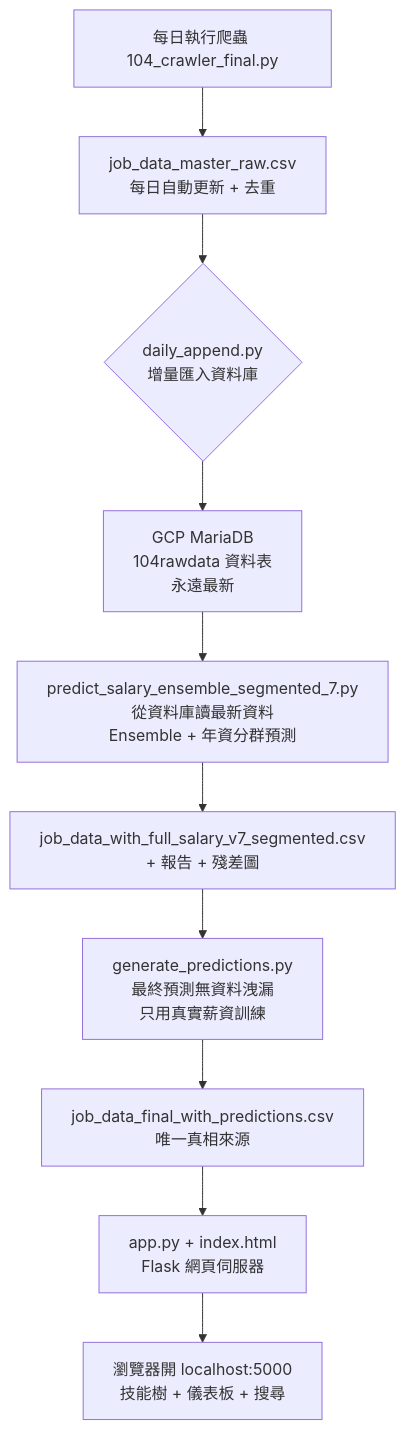
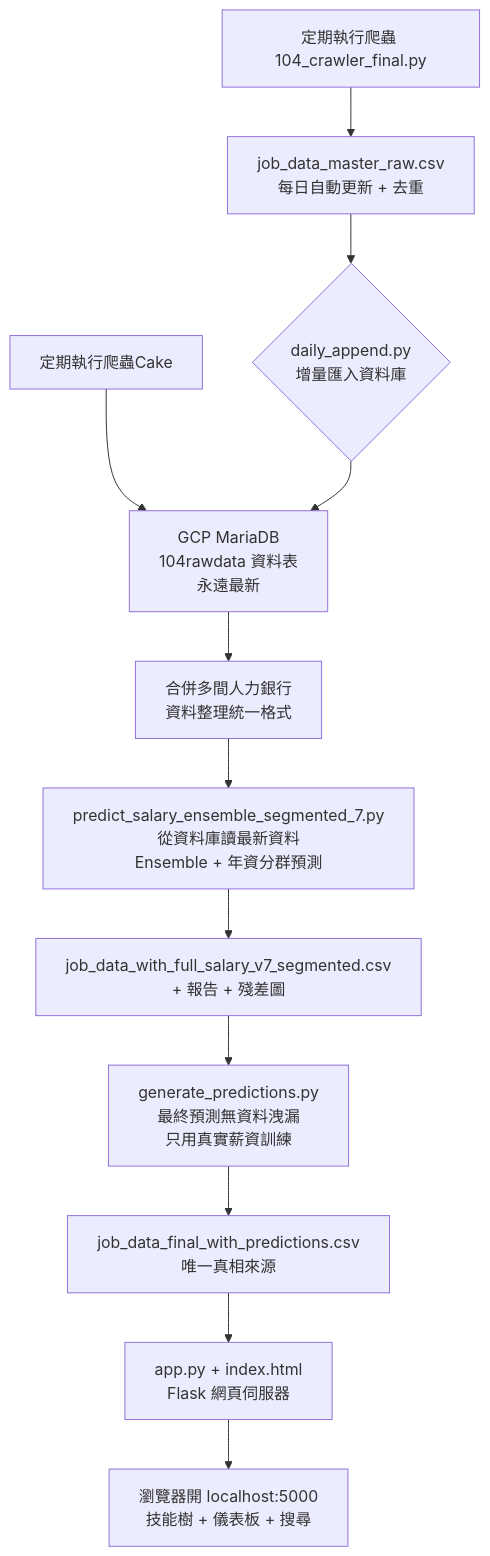
Before and after one commit to DataSideProject/WLS: the diagram in 104_jobdata_crawler_final/README.md, drawn with Mermaid.

````diff
--- a/104_jobdata_crawler_final/README.md
+++ b/104_jobdata_crawler_final/README.md
@@ -16,14 +16,16 @@
 ```mermaid
 flowchart TD
-    A[每日執行爬蟲 104_crawler_final.py]
+    A[定期執行爬蟲 104_crawler_final.py]
     A --> B["job_data_master_raw.csv<br/>每日自動更新 + 去重"]
     B --> C{"daily_append.py<br/>增量匯入資料庫"}
+    AA["定期執行爬蟲Cake"] --> D
     C --> D["GCP MariaDB<br/>104rawdata 資料表<br/>永遠最新"]
-    D --> E["predict_salary_ensemble_segmented_7.py<br/>從資料庫讀最新資料<br/>Ensemble + 年資分群預測"]
+    D --> AB["合併多間人力銀行<br/>資料整理統一格式"]
+    AB --> E["predict_salary_ensemble_segmented_7.py<br/>從資料庫讀最新資料<br/>Ensemble + 年資分群預測"]
     E --> F["job_data_with_full_salary_v7_segmented.csv<br/>+ 報告 + 殘差圖"]
     F --> G["generate_predictions.py<br/>最終預測無資料洩漏<br/>只用真實薪資訓練"]
     G --> H["job_data_final_with_predictions.csv<br/>唯一真相來源"]
     H --> I["app.py + index.html<br/>Flask 網頁伺服器"]
     I --> J["瀏覽器開 localhost:5000<br/>技能樹 + 儀表板 + 搜尋"]
    
 ```
````
